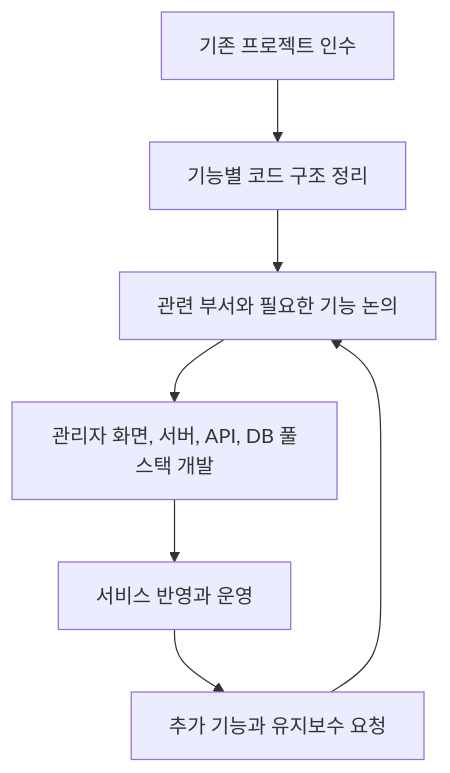
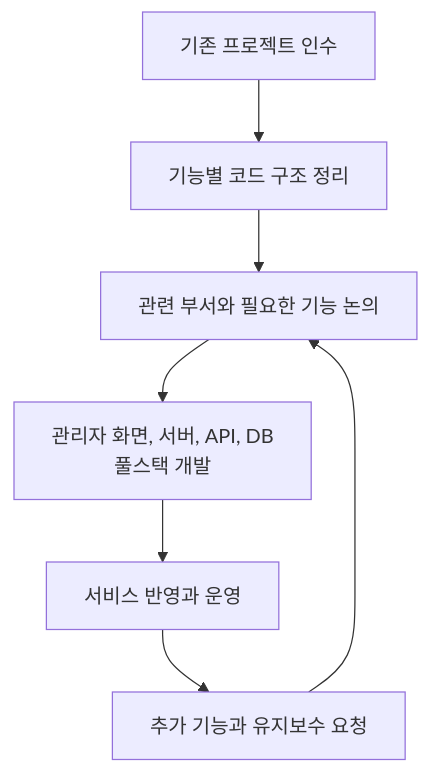
The diagram in projects/education-services/b2c-admin.md (KimHG1995/work-history), drawn with Mermaid before and after one commit. The commit also changed 18 other files, not shown here.

Commit message:
docs: 공개 Mermaid 다이어그램 가독성 전수 개선

````diff
--- a/projects/education-services/b2c-admin.md
+++ b/projects/education-services/b2c-admin.md
@@ -46,9 +46,9 @@
 ```mermaid
 flowchart TD
     handover["기존 프로젝트 인수"] --> organize["기능별 코드 구조 정리"]
     organize --> discuss["관련 부서와 필요한 기능 논의"]
-    discuss --> develop["관리자 화면, 서버, API, DB 풀스택 개발"]
+    discuss --> develop["관리자 화면, 서버, API, DB<br/>풀스택 개발"]
     develop --> operation["서비스 반영과 운영"]
     operation --> request["추가 기능과 유지보수 요청"]
     request --> discuss
 ```
````
